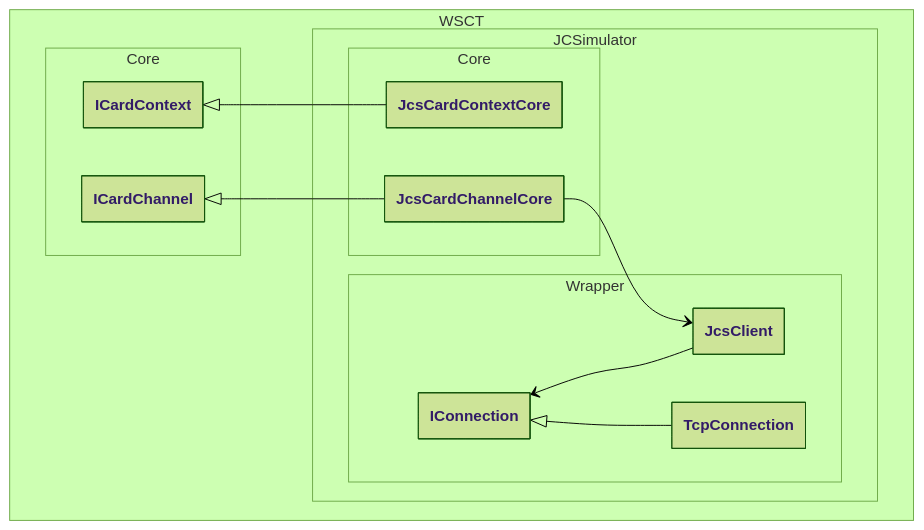
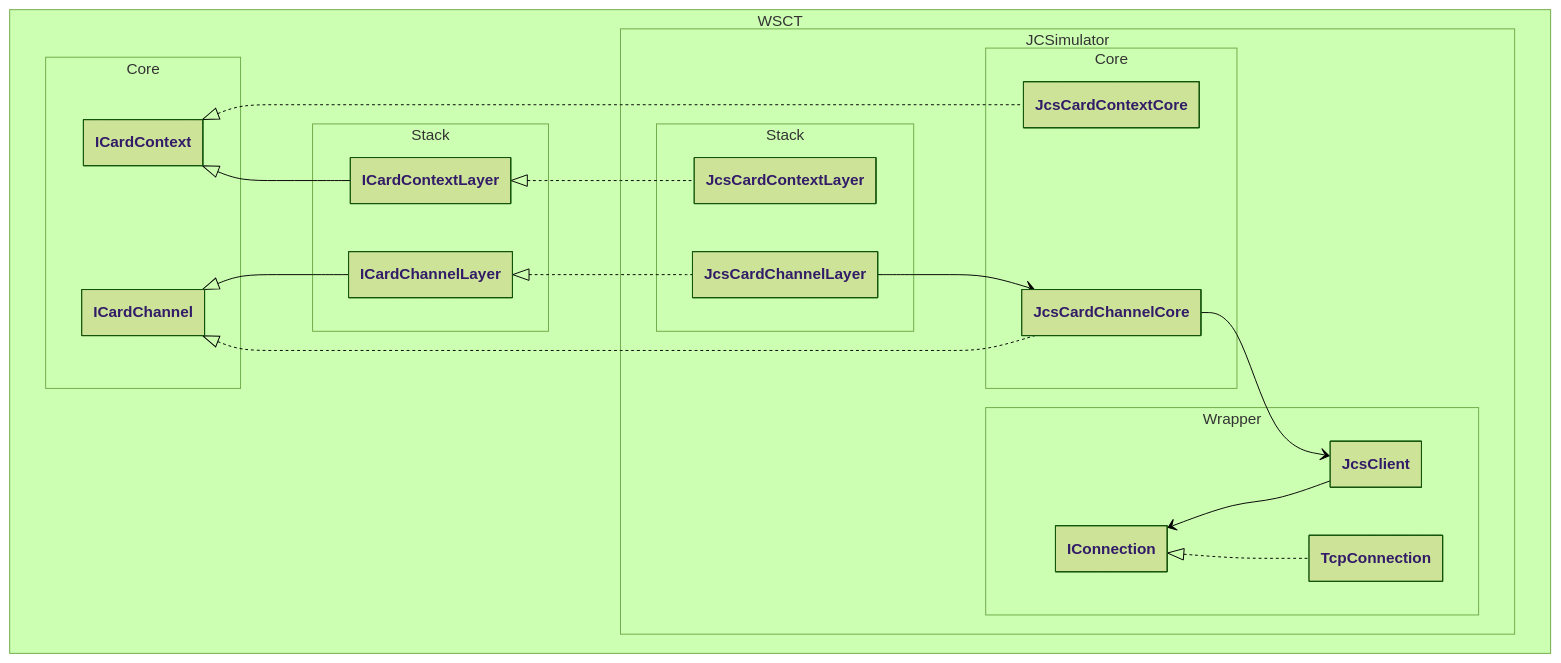
One commit to wsct/WSCT-JCSimulator changed the diagram in README.md. Above: the diagram before and after it, drawn with Mermaid (forest theme). The commit also changed 7 other files, not shown here.

````diff
--- a/README.md
+++ b/README.md
@@ -43,30 +43,46 @@
 ```mermaid
 ---
   config:
     class:
       hideEmptyMembersBox: true
 ---
 classDiagram
 	direction TB
 	namespace WSCT.JCSimulator.Wrapper {
 		class JcsClient
 		class IConnection 
 		class TcpConnection 
 	}
 	IConnection <-- JcsClient 
-	IConnection <|-- TcpConnection
+	IConnection <|.. TcpConnection
 
 	namespace WSCT.Core {
 		class ICardContext
 		class ICardChannel
 	}
 
 	namespace WSCT.JCSimulator.Core {
 		class JcsCardContextCore
 		class JcsCardChannelCore
 	}
-	ICardContext <|-- JcsCardContextCore
-	ICardChannel <|-- JcsCardChannelCore
+	ICardContext <|.. JcsCardContextCore
+	ICardChannel <|.. JcsCardChannelCore
 	JcsCardChannelCore --> JcsClient
 
+	namespace WSCT.Stack {
+		class ICardContextLayer
+		class ICardChannelLayer
+	}
+
+	namespace WSCT.JCSimulator.Stack {
+		class JcsCardContextLayer
+		class JcsCardChannelLayer
+	}
+
+	ICardContextLayer <|.. JcsCardContextLayer
+	ICardChannelLayer <|.. JcsCardChannelLayer
+	ICardContext <|-- ICardContextLayer
+	ICardChannel <|-- ICardChannelLayer
+	JcsCardChannelLayer --> JcsCardChannelCore
+
 ```
````
